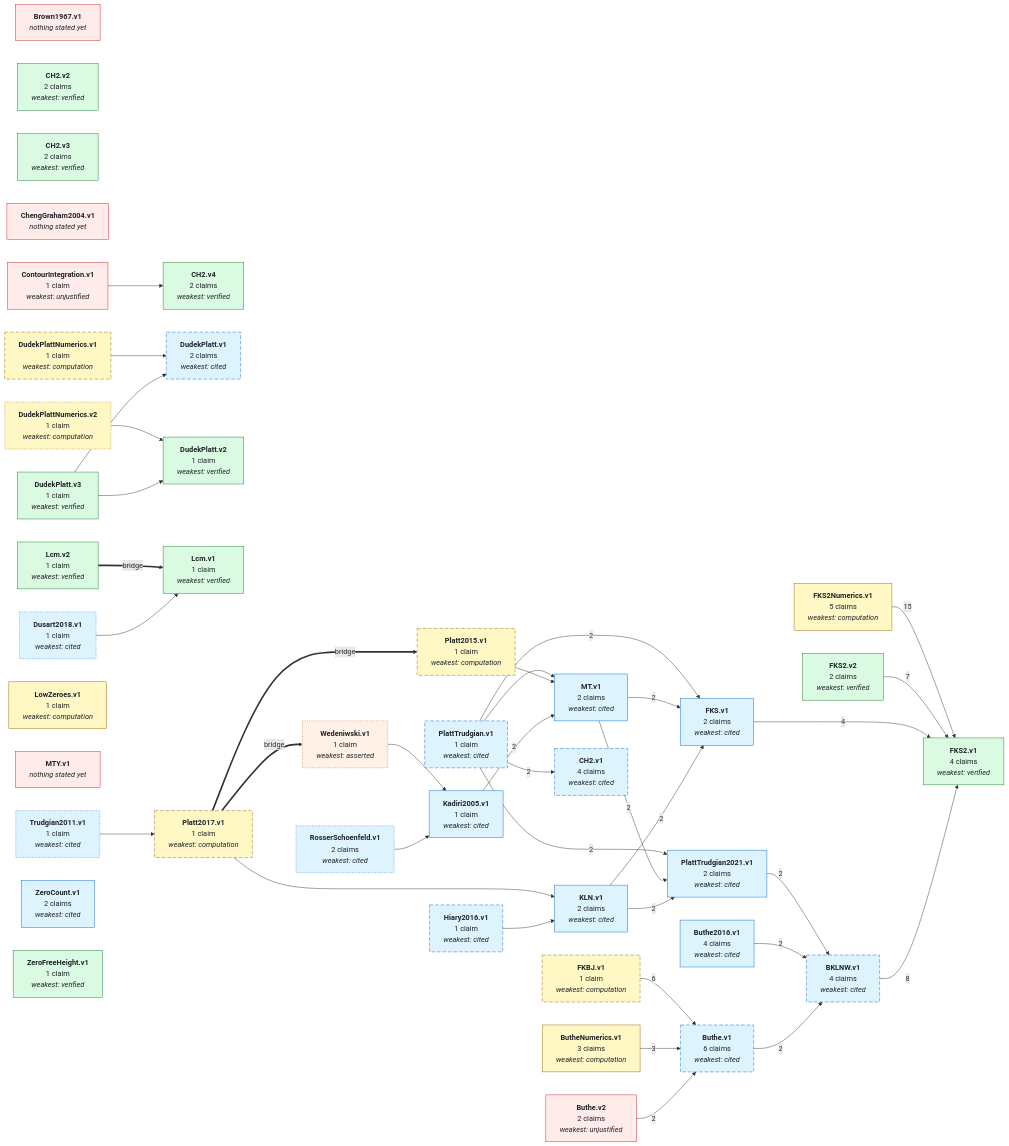
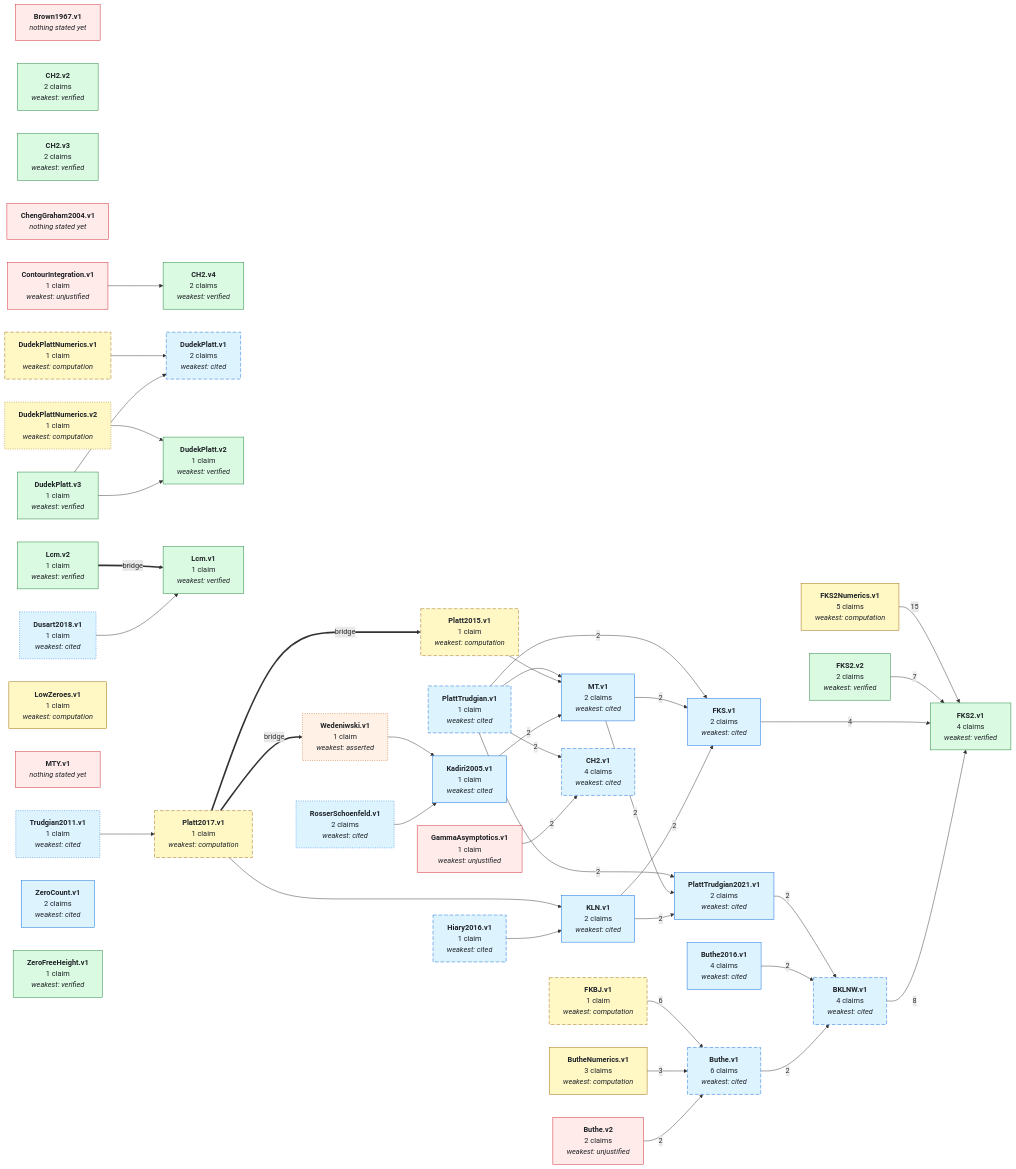
Before and after one commit to teorth/IEANTN: the first of 2 diagrams in GRAPH.md, drawn with Mermaid. The commit also changed other lines of this file and 12 other files, not shown here.

First line of the commit message:
GammaAsymptotics.v1: the digamma asymptotic, and CH2.v1 consumes it

```diff
--- a/GRAPH.md
+++ b/GRAPH.md
@@ -75,6 +75,7 @@
   NFKS2_v1["<b>FKS2.v1</b><br/>4 claims<br/><i>weakest: verified</i>"]
   NFKS2_v2["<b>FKS2.v2</b><br/>2 claims<br/><i>weakest: verified</i>"]
   NFKS2Numerics_v1["<b>FKS2Numerics.v1</b><br/>5 claims<br/><i>weakest: computation</i>"]
+  NGammaAsymptotics_v1["<b>GammaAsymptotics.v1</b><br/>1 claim<br/><i>weakest: unjustified</i>"]
   NHiary2016_v1["<b>Hiary2016.v1</b><br/>1 claim<br/><i>weakest: cited</i>"]
   NKLN_v1["<b>KLN.v1</b><br/>2 claims<br/><i>weakest: cited</i>"]
   NKadiri2005_v1["<b>Kadiri2005.v1</b><br/>1 claim<br/><i>weakest: cited</i>"]
@@ -107,6 +108,7 @@
   NFKS_v1 -->|4| NFKS2_v1
   NFKS2_v2 -->|7| NFKS2_v1
   NFKS2Numerics_v1 -->|15| NFKS2_v1
+  NGammaAsymptotics_v1 -->|2| NCH2_v1
   NHiary2016_v1 --> NKLN_v1
   NKLN_v1 -->|2| NFKS_v1
   NKLN_v1 -->|2| NPlattTrudgian2021_v1
@@ -141,7 +143,7 @@
   style NRosserSchoenfeld_v1 stroke-dasharray: 2 3;
   style NTrudgian2011_v1 stroke-dasharray: 2 3;
   style NWedeniwski_v1 stroke-dasharray: 2 3;
-  class NBrown1967_v1,NButhe_v2,NChengGraham2004_v1,NContourIntegration_v1,NMTY_v1 none_yet;
+  class NBrown1967_v1,NButhe_v2,NChengGraham2004_v1,NContourIntegration_v1,NGammaAsymptotics_v1,NMTY_v1 none_yet;
   class NWedeniwski_v1 asserted;
   class NBKLNW_v1,NButhe_v1,NButhe2016_v1,NCH2_v1,NDudekPlatt_v1,NDusart2018_v1,NFKS_v1,NHiary2016_v1,NKLN_v1,NKadiri2005_v1,NMT_v1,NPlattTrudgian_v1,NPlattTrudgian2021_v1,NRosserSchoenfeld_v1,NTrudgian2011_v1,NZeroCount_v1 literature;
   class NButheNumerics_v1,NDudekPlattNumerics_v1,NDudekPlattNumerics_v2,NFKBJ_v1,NFKS2Numerics_v1,NLowZeroes_v1,NPlatt2015_v1,NPlatt2017_v1 numerical;
@@ -167,6 +169,7 @@
   click NFKS2_v1 href "https://github.com/teorth/IEANTN/blob/main/docs/nodes/FKS2-v1.md" _blank
   click NFKS2_v2 href "https://github.com/teorth/IEANTN/blob/main/docs/nodes/FKS2-v2.md" _blank
   click NFKS2Numerics_v1 href "https://github.com/teorth/IEANTN/blob/main/docs/nodes/FKS2Numerics-v1.md" _blank
+  click NGammaAsymptotics_v1 href "https://github.com/teorth/IEANTN/blob/main/docs/nodes/GammaAsymptotics-v1.md" _blank
   click NHiary2016_v1 href "https://github.com/teorth/IEANTN/blob/main/docs/nodes/Hiary2016-v1.md" _blank
   click NKLN_v1 href "https://github.com/teorth/IEANTN/blob/main/docs/nodes/KLN-v1.md" _blank
   click NKadiri2005_v1 href "https://github.com/teorth/IEANTN/blob/main/docs/nodes/Kadiri2005-v1.md" _blank
```
